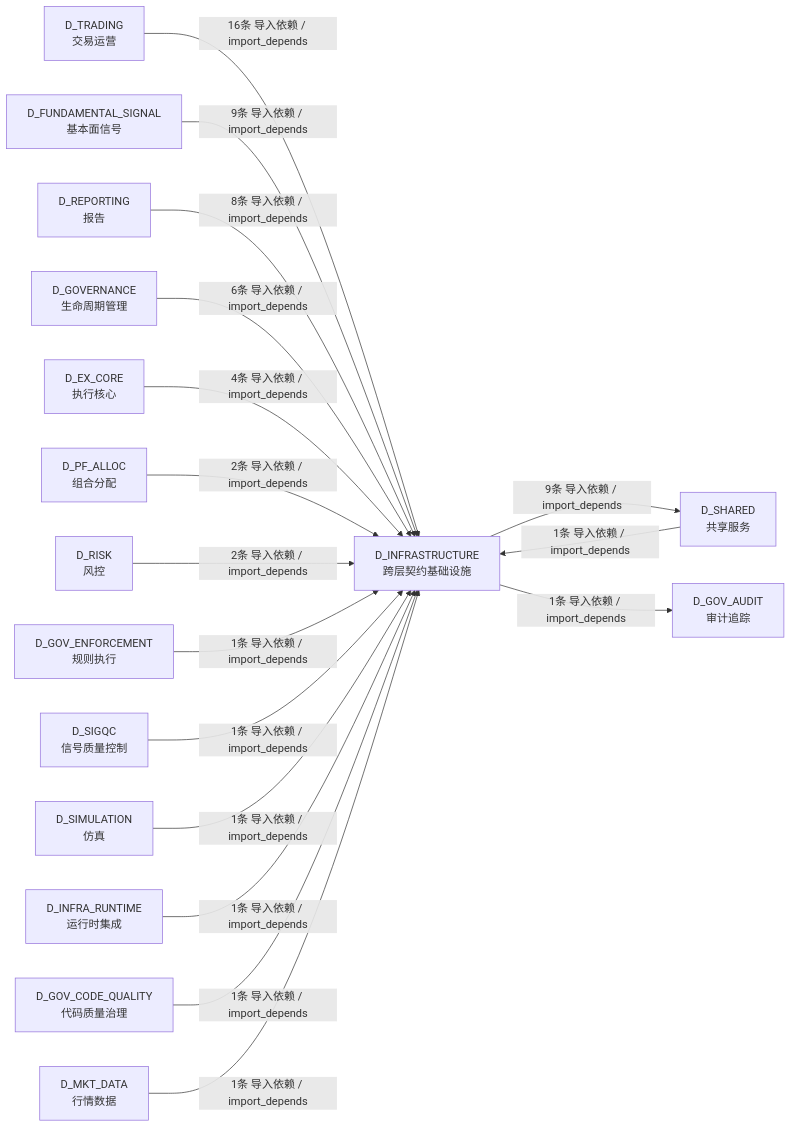
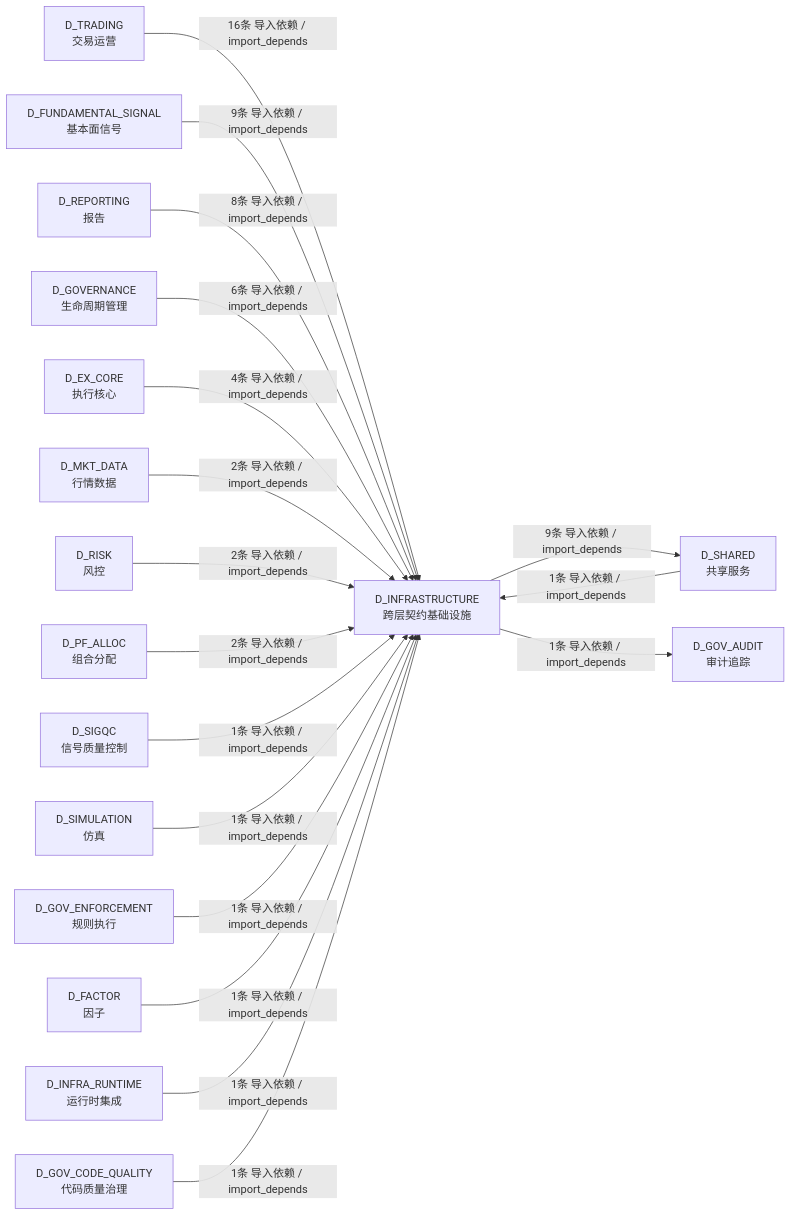
Before and after one commit to xuanFelixVan/ZephyrAlpha: the third of 3 diagrams in docs/02_enterprise_architecture/02_domain_architecture_docs/61_d_infrastructure.md, drawn with Mermaid. The commit also changed other lines of this file and 23 other files, not shown here.

````diff
--- a/docs/02_enterprise_architecture/02_domain_architecture_docs/61_d_infrastructure.md
+++ b/docs/02_enterprise_architecture/02_domain_architecture_docs/61_d_infrastructure.md
@@ -324,35 +323,37 @@
 ```mermaid
 graph LR
     D_INFRASTRUCTURE["D_INFRASTRUCTURE<br/>跨层契约基础设施"]
     D_SHARED["D_SHARED<br/>共享服务"]
     D_GOV_AUDIT["D_GOV_AUDIT<br/>审计追踪"]
     D_TRADING["D_TRADING<br/>交易运营"]
     D_FUNDAMENTAL_SIGNAL["D_FUNDAMENTAL_SIGNAL<br/>基本面信号"]
     D_REPORTING["D_REPORTING<br/>报告"]
     D_GOVERNANCE["D_GOVERNANCE<br/>生命周期管理"]
     D_EX_CORE["D_EX_CORE<br/>执行核心"]
+    D_MKT_DATA["D_MKT_DATA<br/>行情数据"]
+    D_RISK["D_RISK<br/>风控"]
     D_PF_ALLOC["D_PF_ALLOC<br/>组合分配"]
-    D_RISK["D_RISK<br/>风控"]
-    D_GOV_ENFORCEMENT["D_GOV_ENFORCEMENT<br/>规则执行"]
     D_SIGQC["D_SIGQC<br/>信号质量控制"]
     D_SIMULATION["D_SIMULATION<br/>仿真"]
+    D_GOV_ENFORCEMENT["D_GOV_ENFORCEMENT<br/>规则执行"]
+    D_FACTOR["D_FACTOR<br/>因子"]
     D_INFRA_RUNTIME["D_INFRA_RUNTIME<br/>运行时集成"]
     D_GOV_CODE_QUALITY["D_GOV_CODE_QUALITY<br/>代码质量治理"]
-    D_MKT_DATA["D_MKT_DATA<br/>行情数据"]
     D_INFRASTRUCTURE -->|9条 导入依赖 / import_depends| D_SHARED
     D_INFRASTRUCTURE -->|1条 导入依赖 / import_depends| D_GOV_AUDIT
     D_TRADING -->|16条 导入依赖 / import_depends| D_INFRASTRUCTURE
     D_FUNDAMENTAL_SIGNAL -->|9条 导入依赖 / import_depends| D_INFRASTRUCTURE
     D_REPORTING -->|8条 导入依赖 / import_depends| D_INFRASTRUCTURE
     D_GOVERNANCE -->|6条 导入依赖 / import_depends| D_INFRASTRUCTURE
     D_EX_CORE -->|4条 导入依赖 / import_depends| D_INFRASTRUCTURE
+    D_MKT_DATA -->|2条 导入依赖 / import_depends| D_INFRASTRUCTURE
+    D_RISK -->|2条 导入依赖 / import_depends| D_INFRASTRUCTURE
     D_PF_ALLOC -->|2条 导入依赖 / import_depends| D_INFRASTRUCTURE
-    D_RISK -->|2条 导入依赖 / import_depends| D_INFRASTRUCTURE
-    D_GOV_ENFORCEMENT -->|1条 导入依赖 / import_depends| D_INFRASTRUCTURE
     D_SHARED -->|1条 导入依赖 / import_depends| D_INFRASTRUCTURE
     D_SIGQC -->|1条 导入依赖 / import_depends| D_INFRASTRUCTURE
     D_SIMULATION -->|1条 导入依赖 / import_depends| D_INFRASTRUCTURE
+    D_GOV_ENFORCEMENT -->|1条 导入依赖 / import_depends| D_INFRASTRUCTURE
+    D_FACTOR -->|1条 导入依赖 / import_depends| D_INFRASTRUCTURE
     D_INFRA_RUNTIME -->|1条 导入依赖 / import_depends| D_INFRASTRUCTURE
     D_GOV_CODE_QUALITY -->|1条 导入依赖 / import_depends| D_INFRASTRUCTURE
-    D_MKT_DATA -->|1条 导入依赖 / import_depends| D_INFRASTRUCTURE
 ```
````
